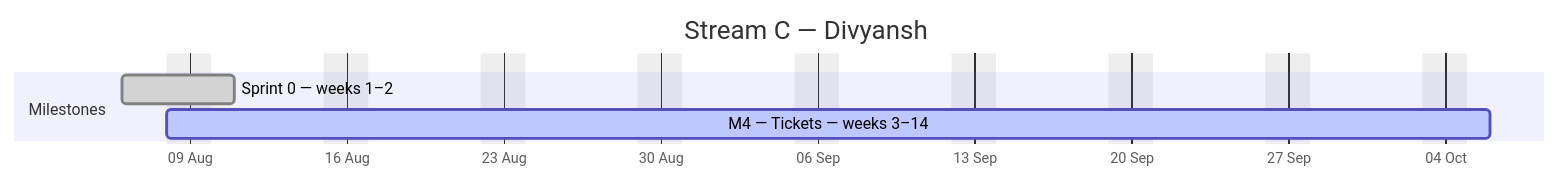
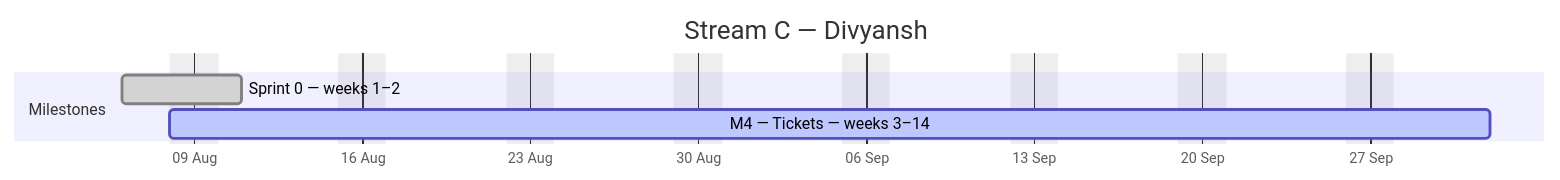
One commit to debashisedunext/EduTrack changed the third of 4 diagrams in docs/plan/GANTT.md. Above: the diagram before and after it, drawn with Mermaid. The commit also changed other lines of this file and 3 other files, not shown here.

````diff
--- a/docs/plan/GANTT.md
+++ b/docs/plan/GANTT.md
@@ -130,10 +130,10 @@
 ```mermaid
 gantt
     dateFormat YYYY-MM-DD
     axisFormat %d %b
     title Stream C — Divyansh
     excludes weekends
     section Milestones
     Sprint 0 — weeks 1–2 :done, c0, 2026-08-06, 3d
-    M4 — Tickets — weeks 3–14 :active, c1, 2026-08-08, 42d
+    M4 — Tickets — weeks 3–14 :active, c1, 2026-08-08, 40d
 ```
````
